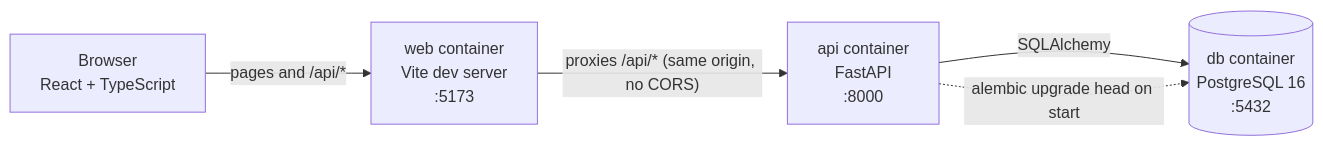
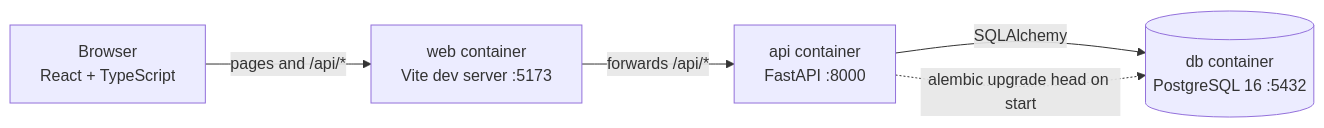
Before and after one commit to coutLiKe/ticketdesk: the first of 2 diagrams in README.md, drawn with Mermaid. The commit also changed other lines of this file, not shown here.

````diff
--- a/README.md
+++ b/README.md
@@ -64,12 +75,12 @@
 ```mermaid
 flowchart LR
     Browser["Browser<br/>React + TypeScript"]
-    Web["web container<br/>Vite dev server<br/>:5173"]
-    API["api container<br/>FastAPI<br/>:8000"]
-    DB[("db container<br/>PostgreSQL 16<br/>:5432")]
+    Web["web container<br/>Vite dev server :5173"]
+    API["api container<br/>FastAPI :8000"]
+    DB[("db container<br/>PostgreSQL 16 :5432")]
 
     Browser -- "pages and /api/*" --> Web
-    Web -- "proxies /api/* (same origin, no CORS)" --> API
+    Web -- "forwards /api/*" --> API
     API -- "SQLAlchemy" --> DB
     API -. "alembic upgrade head on start" .-> DB
 ```
````
